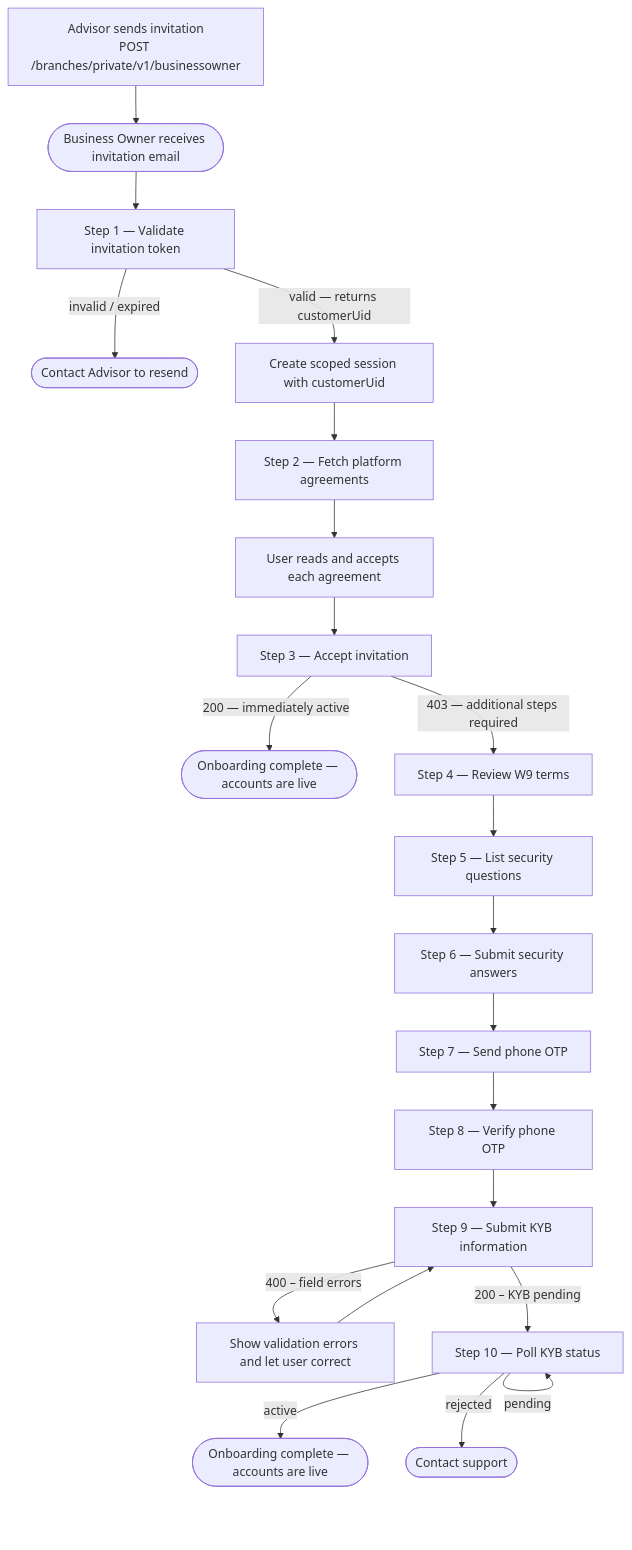
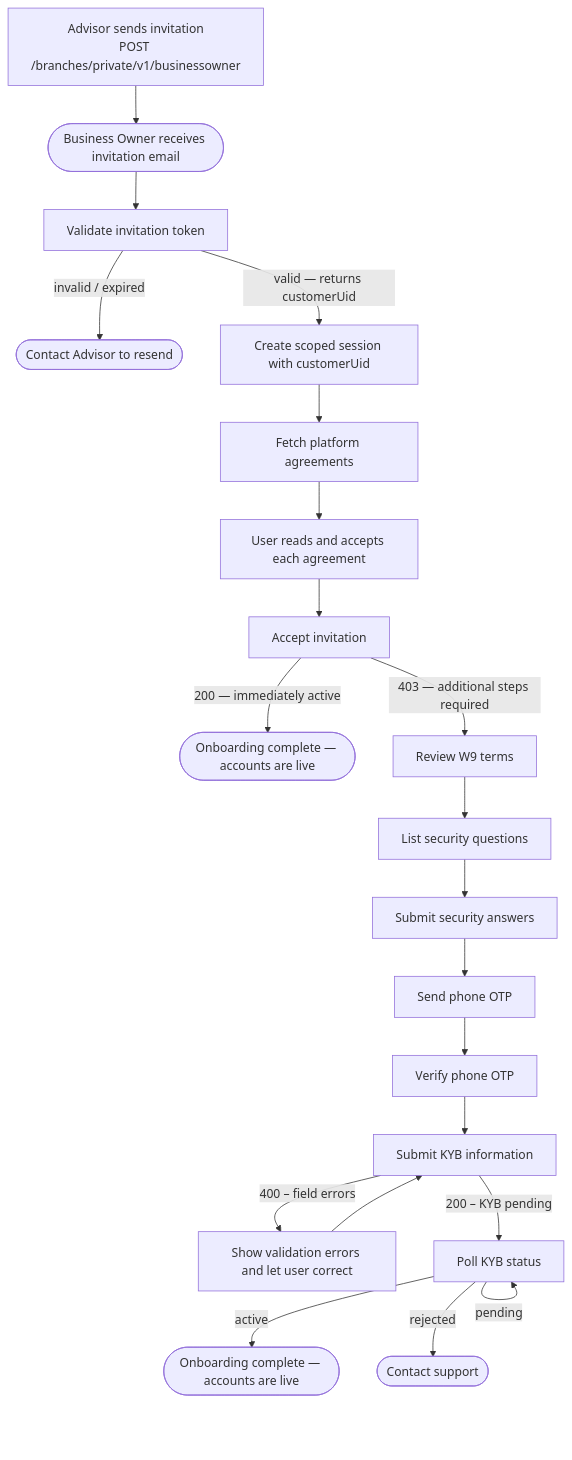
One commit to skhan-cpu/readme-paid changed the diagram in docs/Getting Started/business-owner/business-registration.md. Above: the diagram before and after it, drawn with Mermaid.

Commit message:
Fix session endpoint visibiltiy issue

````diff
--- a/docs/Getting Started/business-owner/business-registration.md
+++ b/docs/Getting Started/business-owner/business-registration.md
@@ -12,28 +12,28 @@
 ```mermaid
 flowchart TD
     A["Advisor sends invitation\nPOST /branches/private/v1/businessowner"]
     A --> B(["Business Owner receives invitation email"])
 
-    B --> C["Step 1 — Validate invitation token"]
+    B --> C["Validate invitation token"]
     C -->|invalid / expired| ERR(["Contact Advisor to resend"])
     C -->|valid — returns customerUid| SESSION["Create scoped session with customerUid"]
 
-    SESSION --> D["Step 2 — Fetch platform agreements"]
+    SESSION --> D["Fetch platform agreements"]
     D --> E["User reads and accepts each agreement"]
 
-    E --> F["Step 3 — Accept invitation"]
+    E --> F["Accept invitation"]
     F -->|200 — immediately active| DONE1(["Onboarding complete — accounts are live"])
-    F -->|403 — additional steps required| G["Step 4 — Review W9 terms"]
+    F -->|403 — additional steps required| G["Review W9 terms"]
 
-    G --> H["Step 5 — List security questions"]
-    H --> I["Step 6 — Submit security answers"]
-    I --> J["Step 7 — Send phone OTP"]
-    J --> K["Step 8 — Verify phone OTP"]
-    K --> L["Step 9 — Submit KYB information"]
+    G --> H["List security questions"]
+    H --> I["Submit security answers"]
+    I --> J["Send phone OTP"]
+    J --> K["Verify phone OTP"]
+    K --> L["Submit KYB information"]
     L -->|400 – field errors| ERR2["Show validation errors and let user correct"]
     ERR2 --> L
-    L -->|200 – KYB pending| M["Step 10 — Poll KYB status"]
+    L -->|200 – KYB pending| M["Poll KYB status"]
     M -->|pending| M
     M -->|active| DONE2(["Onboarding complete — accounts are live"])
     M -->|rejected| REJ(["Contact support"])
 ```
````
